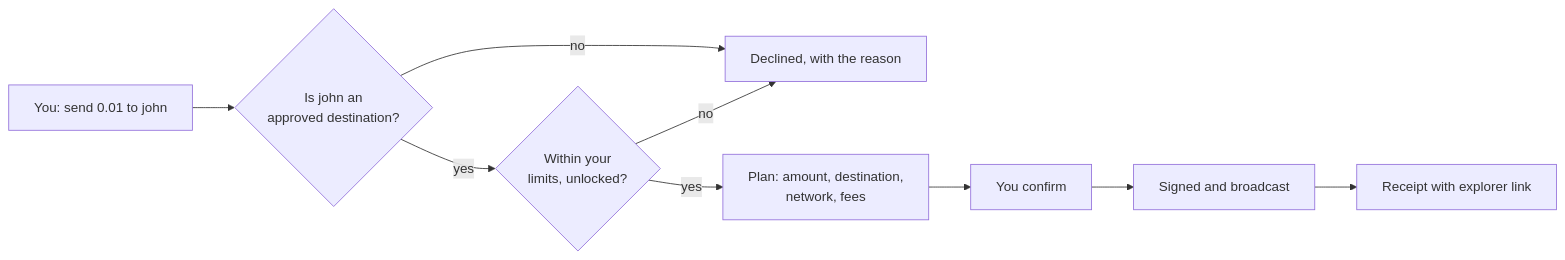
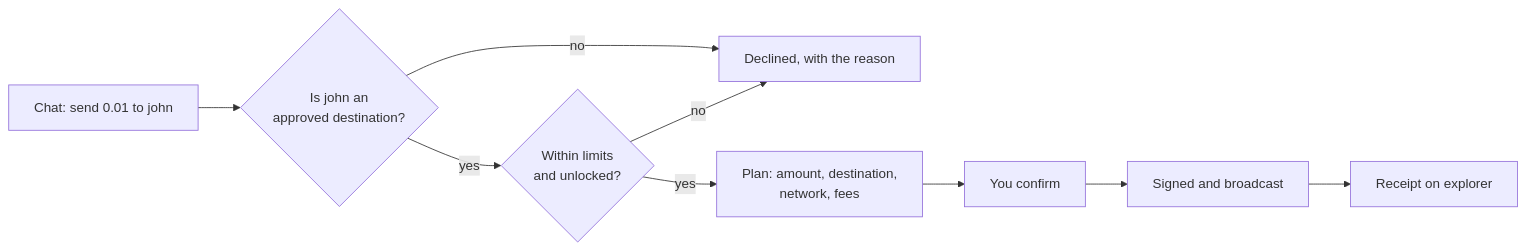
Before and after one commit to rudazy/flizy: the second of 4 diagrams in README.md, drawn with Mermaid. The commit also changed other lines of this file and 25 other files, not shown here.

Commit message:
Ship pin lockout, flizy domain and README diagrams

````diff
--- a/README.md
+++ b/README.md
@@ -174,11 +183,11 @@
 ```mermaid
 flowchart LR
-  A["You: send 0.01 to john"] --> B{"Is john an<br/>approved destination?"}
+  A["Chat: send 0.01 to john"] --> B{"Is john an<br/>approved destination?"}
   B -->|no| C["Declined, with the reason"]
-  B -->|yes| D{"Within your<br/>limits, unlocked?"}
+  B -->|yes| D{"Within limits<br/>and unlocked?"}
   D -->|no| C
   D -->|yes| E["Plan: amount, destination,<br/>network, fees"]
   E --> F["You confirm"]
   F --> G["Signed and broadcast"]
-  G --> H["Receipt with explorer link"]
+  G --> H["Receipt on explorer"]
 ```
````
